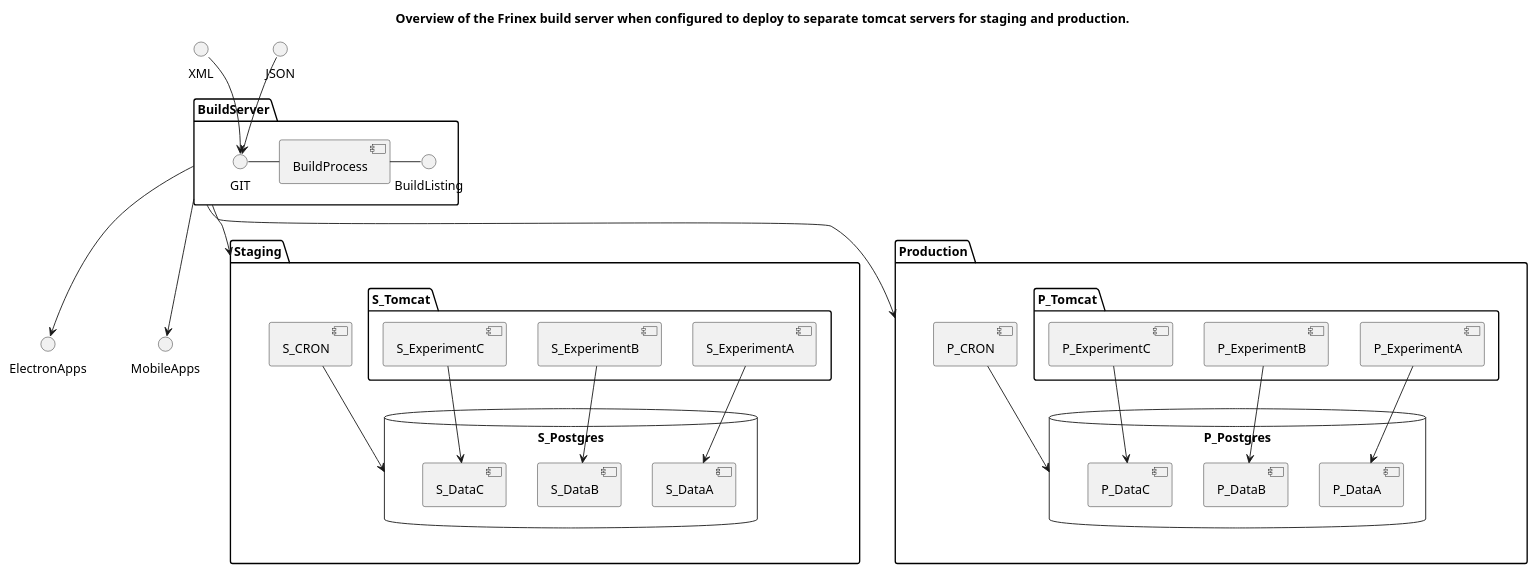
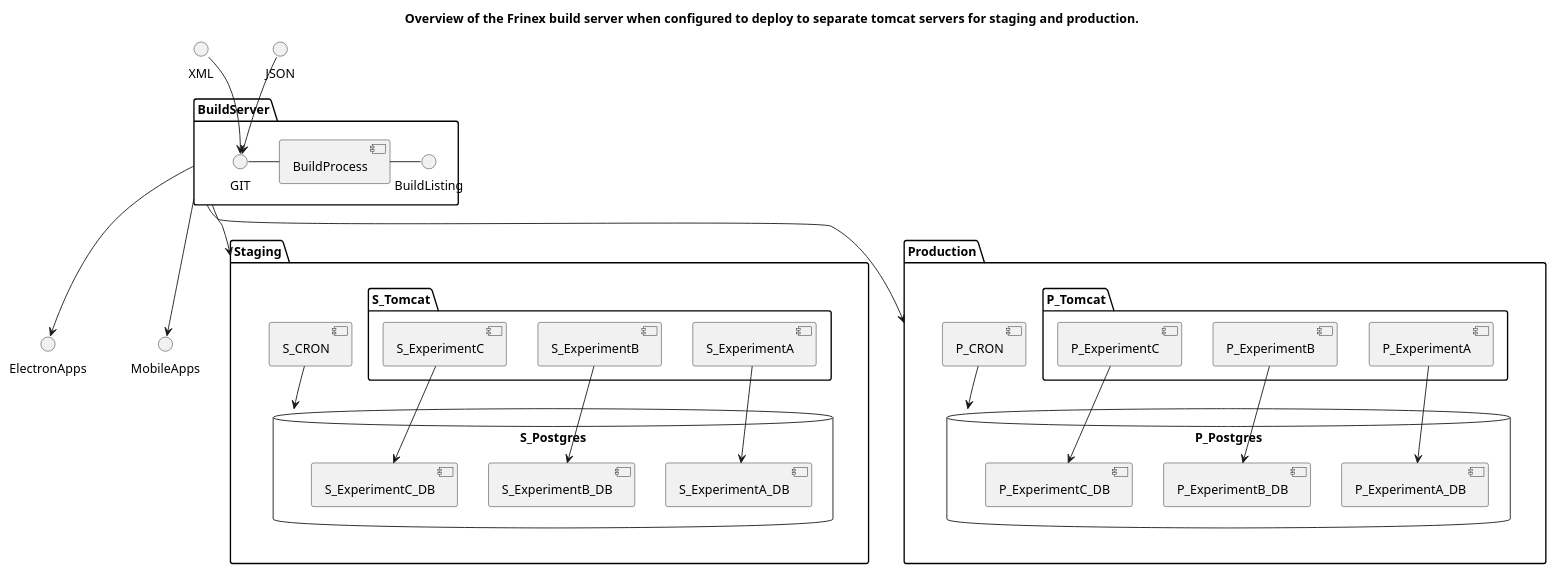
One commit to MPI-ExperimentGroup/FrinexBuildService changed the diagram in src/main/uml/ServiceOverview.puml. Above: the diagram before and after it, drawn with PlantUML. The commit also changed 4 other files, not shown here.

```diff
--- a/src/main/uml/ServiceOverview.puml
+++ b/src/main/uml/ServiceOverview.puml
@@ -1,45 +1,45 @@
 @startuml
 title Overview of the Frinex build server when configured to deploy to separate tomcat servers for staging and production.
 
 package "BuildServer" {
   GIT - [BuildProcess]
   [BuildProcess] - BuildListing
 }
 
 XML --> GIT
 JSON --> GIT
 
 package "Staging" {
   database "S_Postgres" {
-    [S_DataA]
-    [S_DataB]
-    [S_DataC]
+    [S_ExperimentA_DB]
+    [S_ExperimentB_DB]
+    [S_ExperimentC_DB]
   }
   folder "S_Tomcat" {
-    [S_ExperimentA] --> S_DataA
-    [S_ExperimentB] --> S_DataB
-    [S_ExperimentC] --> S_DataC
+    [S_ExperimentA] --> S_ExperimentA_DB
+    [S_ExperimentB] --> S_ExperimentB_DB
+    [S_ExperimentC] --> S_ExperimentC_DB
   }
   [S_CRON] --> S_Postgres 
 }
 
 package "Production" {
   database "P_Postgres" {
-    [P_DataA]
-    [P_DataB]
-    [P_DataC]
+    [P_ExperimentA_DB]
+    [P_ExperimentB_DB]
+    [P_ExperimentC_DB]
   }
   folder "P_Tomcat" {
-    [P_ExperimentA] --> P_DataA
-    [P_ExperimentB] --> P_DataB
-    [P_ExperimentC] --> P_DataC
+    [P_ExperimentA] --> P_ExperimentA_DB
+    [P_ExperimentB] --> P_ExperimentB_DB
+    [P_ExperimentC] --> P_ExperimentC_DB
   }
   [P_CRON] --> P_Postgres 
 }
 
 BuildServer --> ElectronApps
 BuildServer --> MobileApps
 
 BuildServer --> Staging
 BuildServer --> Production
 @enduml
```
